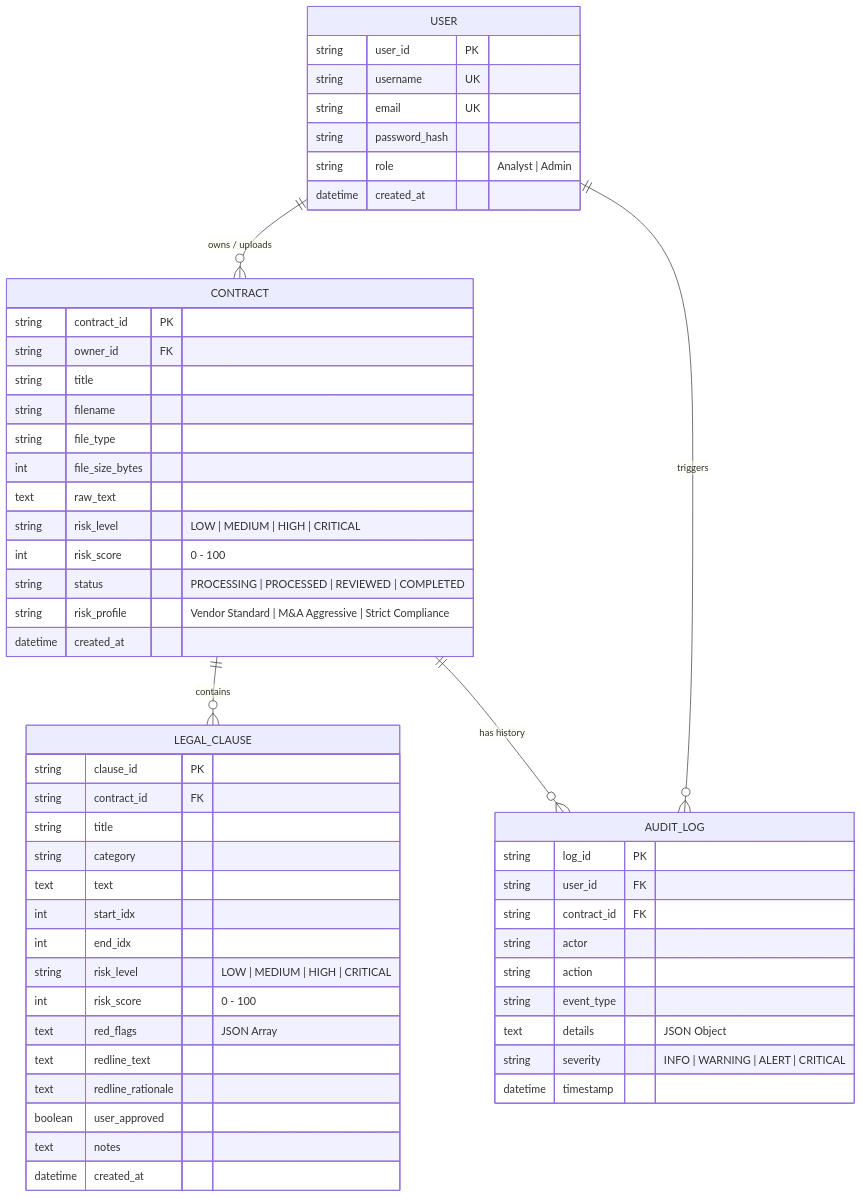
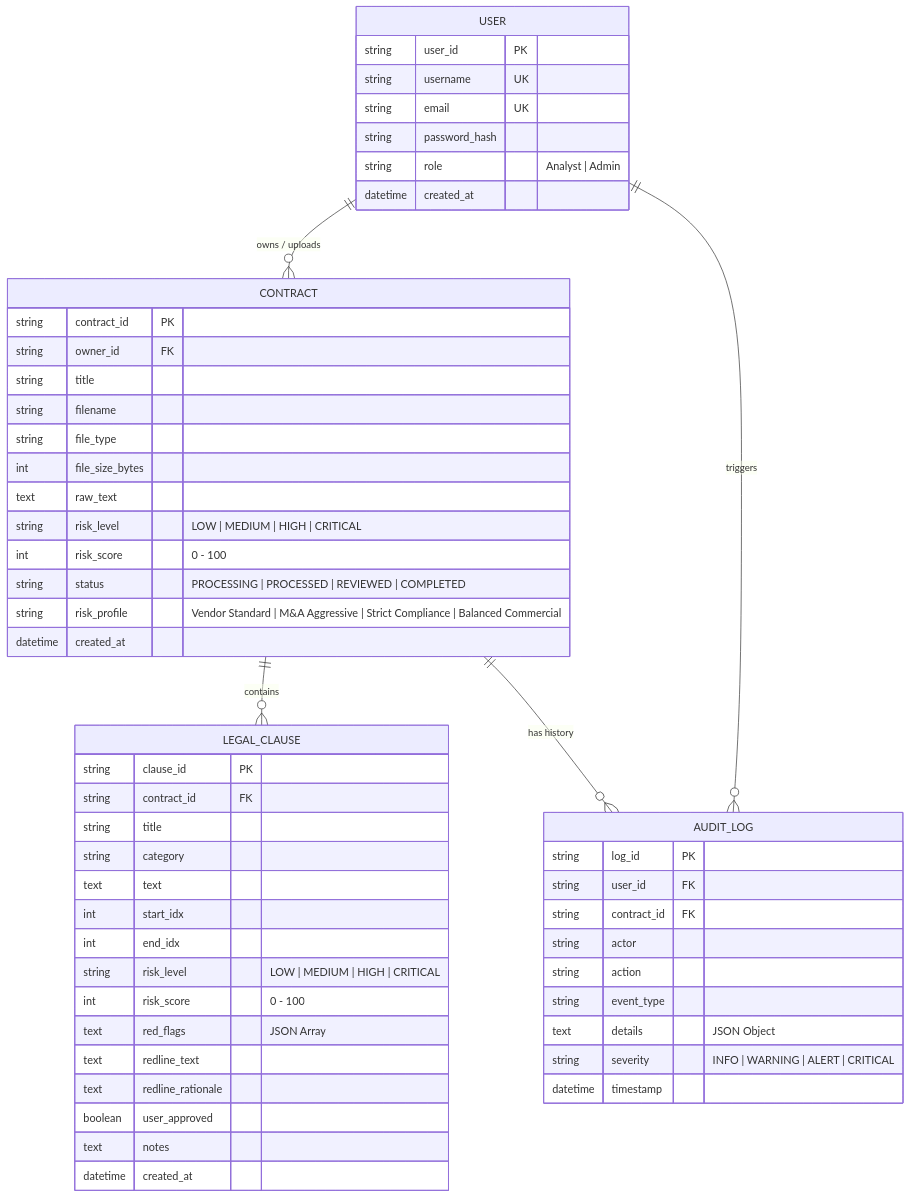
Before and after one commit to AaryanKumarSingh136/LegalSight: the second of 2 diagrams in README.md, drawn with Mermaid. The commit also changed other lines of this file and 61 other files, not shown here.

````diff
--- a/README.md
+++ b/README.md
@@ -69,61 +81,61 @@
 ```mermaid
 erDiagram
     USER ||--o{ CONTRACT : "owns / uploads"
     USER ||--o{ AUDIT_LOG : "triggers"
     CONTRACT ||--o{ LEGAL_CLAUSE : "contains"
     CONTRACT ||--o{ AUDIT_LOG : "has history"
 
     USER {
         string user_id PK
         string username UK
         string email UK
         string password_hash
         string role "Analyst | Admin"
         datetime created_at
     }
 
     CONTRACT {
         string contract_id PK
         string owner_id FK
         string title
         string filename
         string file_type
         int file_size_bytes
         text raw_text
         string risk_level "LOW | MEDIUM | HIGH | CRITICAL"
         int risk_score "0 - 100"
         string status "PROCESSING | PROCESSED | REVIEWED | COMPLETED"
-        string risk_profile "Vendor Standard | M&A Aggressive | Strict Compliance"
+        string risk_profile "Vendor Standard | M&A Aggressive | Strict Compliance | Balanced Commercial"
         datetime created_at
     }
 
     LEGAL_CLAUSE {
         string clause_id PK
         string contract_id FK
         string title
         string category
         text text
         int start_idx
         int end_idx
         string risk_level "LOW | MEDIUM | HIGH | CRITICAL"
         int risk_score "0 - 100"
         text red_flags "JSON Array"
         text redline_text
         text redline_rationale
         boolean user_approved
         text notes
         datetime created_at
     }
 
     AUDIT_LOG {
         string log_id PK
         string user_id FK
         string contract_id FK
         string actor
         string action
         string event_type
         text details "JSON Object"
         string severity "INFO | WARNING | ALERT | CRITICAL"
         datetime timestamp
     }
 ```
````
